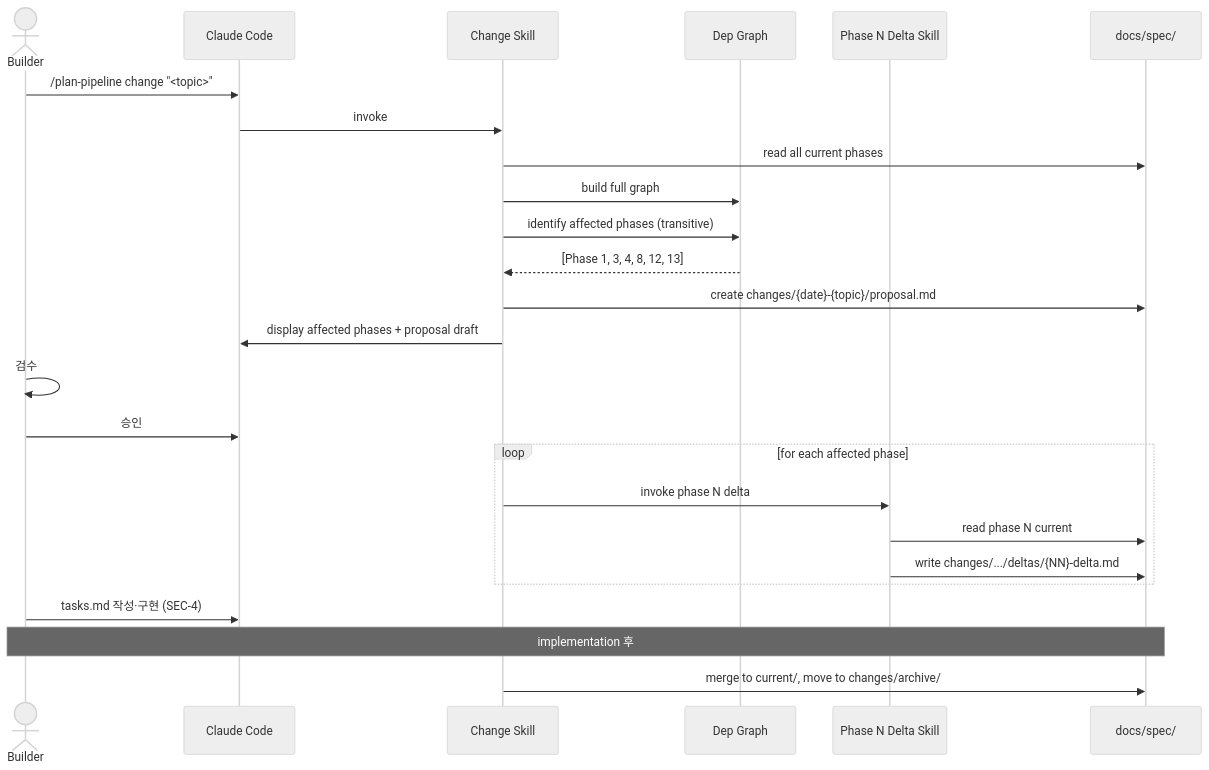
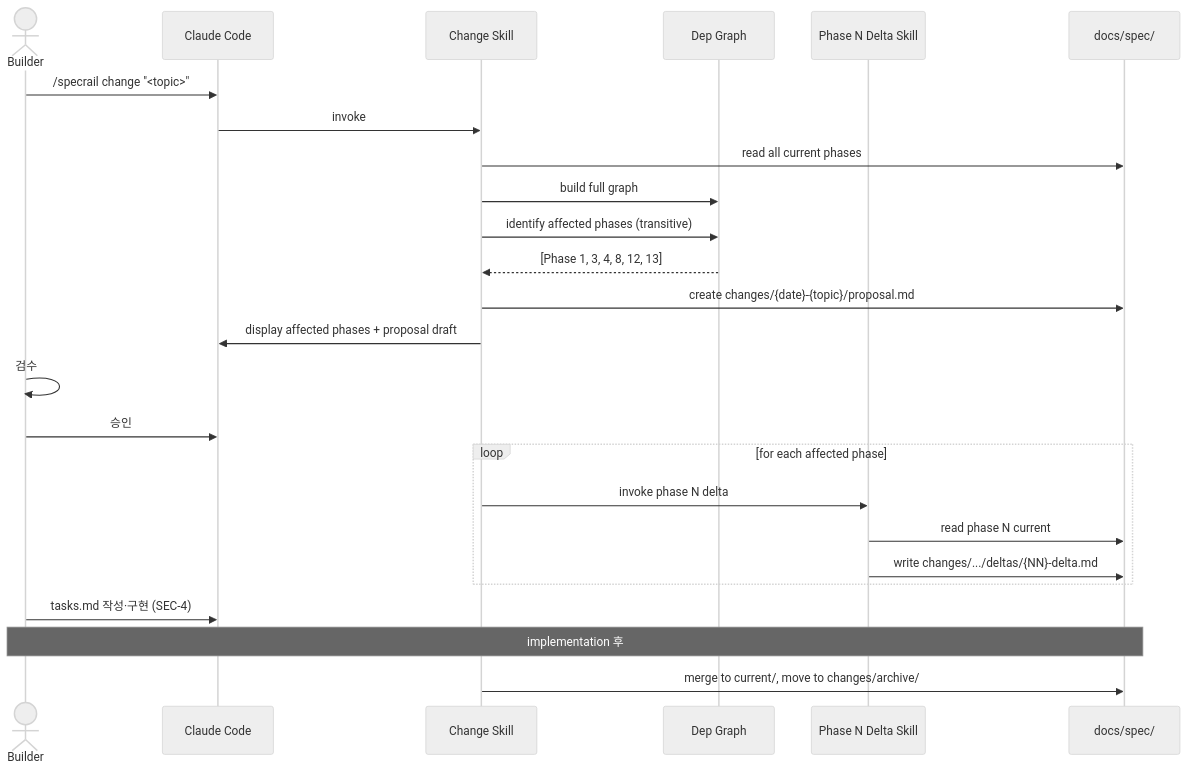
One commit to sungminoh/specrail changed the fourth of 4 diagrams in docs/spec/examples/08-system-architecture.md. Above: the diagram before and after it, drawn with Mermaid (neutral theme). The commit also changed other lines of this file and 72 other files, not shown here.

First line of the commit message:
chore: rename project to specrail (drop plan-pipeline / v4 brand)

````diff
--- a/docs/spec/examples/08-system-architecture.md
+++ b/docs/spec/examples/08-system-architecture.md
@@ -205,28 +205,28 @@
 ```mermaid
 sequenceDiagram
     actor Builder
     participant CC as Claude Code
     participant ChangeSk as Change Skill
     participant Graph as Dep Graph
     participant DeltaSk as Phase N Delta Skill
     participant Spec as docs/spec/
 
-    Builder->>CC: /plan-pipeline change "<topic>"
+    Builder->>CC: /specrail change "<topic>"
     CC->>ChangeSk: invoke
     ChangeSk->>Spec: read all current phases
     ChangeSk->>Graph: build full graph
     ChangeSk->>Graph: identify affected phases (transitive)
     Graph-->>ChangeSk: [Phase 1, 3, 4, 8, 12, 13]
     ChangeSk->>Spec: create changes/{date}-{topic}/proposal.md
     ChangeSk->>CC: display affected phases + proposal draft
     Builder->>Builder: 검수
     Builder->>CC: 승인
     loop for each affected phase
         ChangeSk->>DeltaSk: invoke phase N delta
         DeltaSk->>Spec: read phase N current
         DeltaSk->>Spec: write changes/.../deltas/{NN}-delta.md
     end
     Builder->>CC: tasks.md 작성·구현 (SEC-4)
     Note over Builder,Spec: implementation 후
     ChangeSk->>Spec: merge to current/, move to changes/archive/
 ```
````
